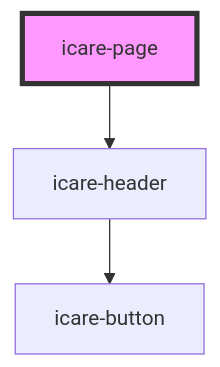
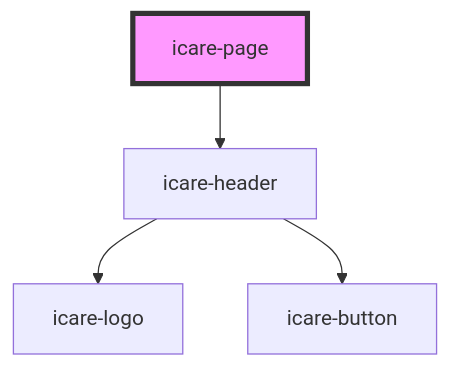
Before and after one commit to ajkirwan1/icare-components: the diagram in src/components/icare-page/readme.md, drawn with Mermaid. The commit also changed 19 other files, not shown here.

````diff
--- a/src/components/icare-page/readme.md
+++ b/src/components/icare-page/readme.md
@@ -15,6 +15,7 @@
 ```mermaid
 graph TD;
   icare-page --> icare-header
+  icare-header --> icare-logo
   icare-header --> icare-button
   style icare-page fill:#f9f,stroke:#333,stroke-width:4px
 ```
````
